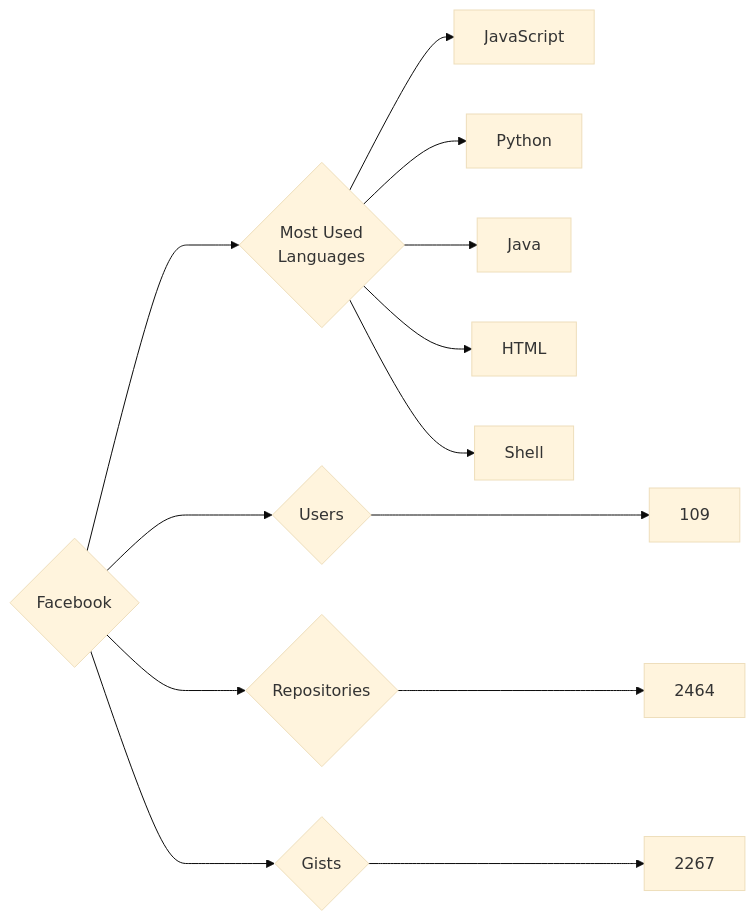
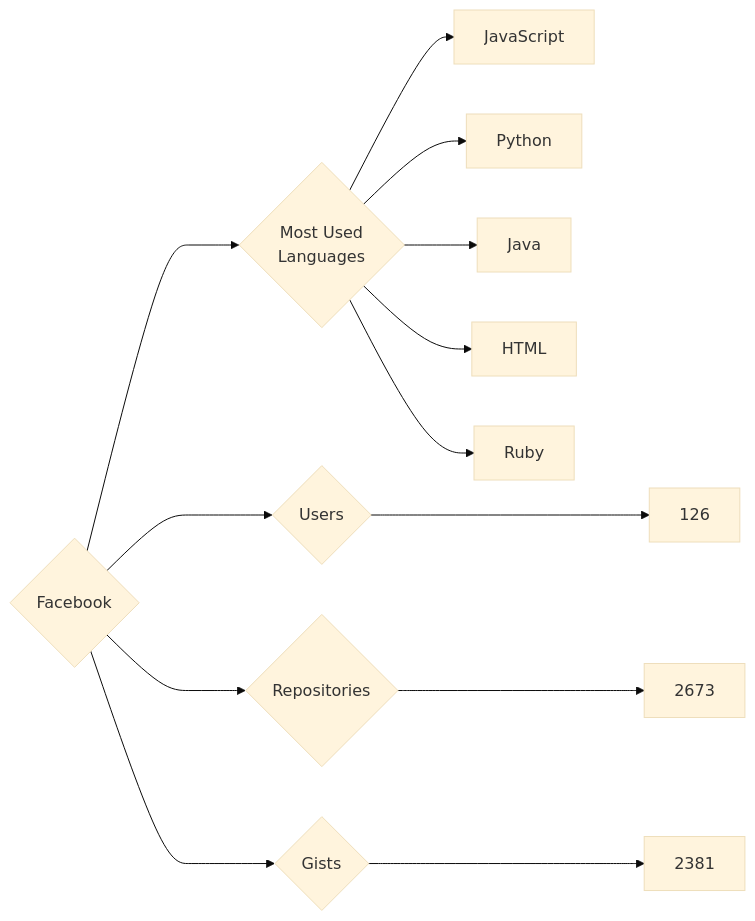
The diagram in targets/Facebook/README.md (trickest/insiders), drawn with Mermaid (base theme) before and after one commit. The commit also changed 916 other files, not shown here.

````diff
--- a/targets/Facebook/README.md
+++ b/targets/Facebook/README.md
@@ -3,13 +3,13 @@
 ```mermaid
 graph LR
 COMPANY_NAME{Facebook}
-COMPANY_NAME ---> U{Users} ---> UN[109]
-COMPANY_NAME ---> R{Repositories} ---> RN[2464]
-COMPANY_NAME ---> G{Gists} ---> GN[2267]
+COMPANY_NAME ---> U{Users} ---> UN[126]
+COMPANY_NAME ---> R{Repositories} ---> RN[2673]
+COMPANY_NAME ---> G{Gists} ---> GN[2381]
 COMPANY_NAME ---> ML{Most Used<br>Languages}
 ML --> JavaScript[JavaScript]
 ML --> Python[Python]
 ML --> Java[Java]
 ML --> HTML[HTML]
-ML --> Shell[Shell]
+ML --> Ruby[Ruby]
 ```
````
